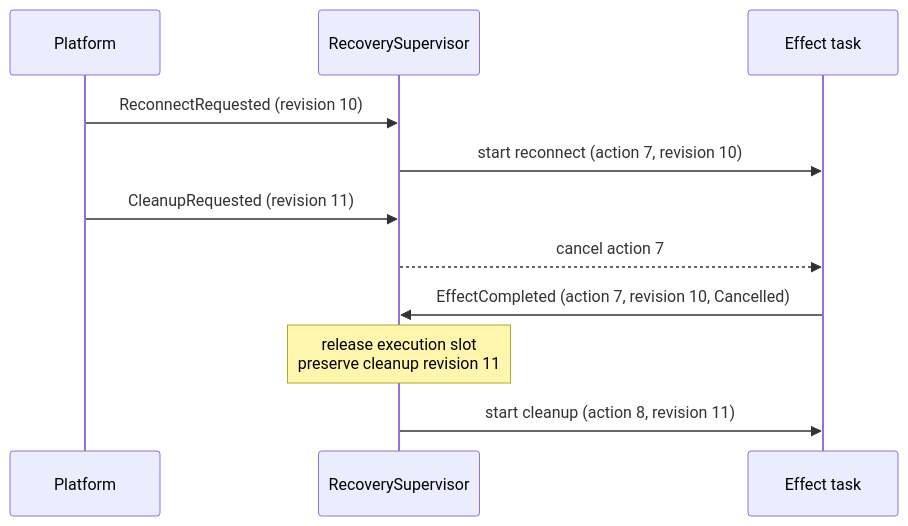
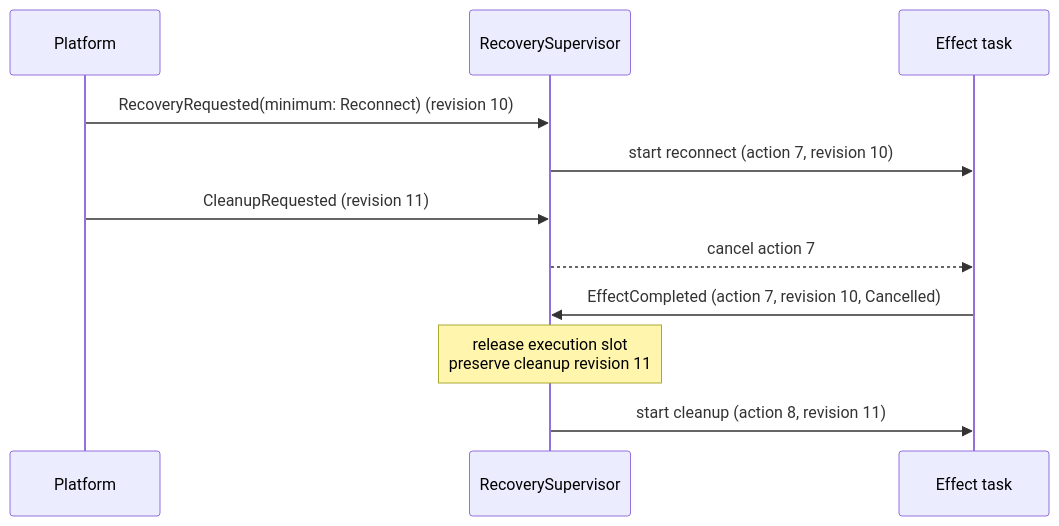
Before and after one commit to Actrium/actr: the ninth of 11 diagrams in rfcs/0400-event-driven-connection-lifecycle-and-recovery.md, drawn with Mermaid. The commit also changed other lines of this file, not shown here.

````diff
--- a/rfcs/0400-event-driven-connection-lifecycle-and-recovery.md
+++ b/rfcs/0400-event-driven-connection-lifecycle-and-recovery.md
@@ -939,13 +1500,13 @@
 ```mermaid
 sequenceDiagram
     participant P as Platform
     participant S as RecoverySupervisor
     participant E as Effect task
-    P->>S: ReconnectRequested (revision 10)
+    P->>S: RecoveryRequested(minimum: Reconnect) (revision 10)
     S->>E: start reconnect (action 7, revision 10)
     P->>S: CleanupRequested (revision 11)
     S-->>E: cancel action 7
     E->>S: EffectCompleted (action 7, revision 10, Cancelled)
     Note over S: release execution slot<br/>preserve cleanup revision 11
     S->>E: start cleanup (action 8, revision 11)
 ```
````
